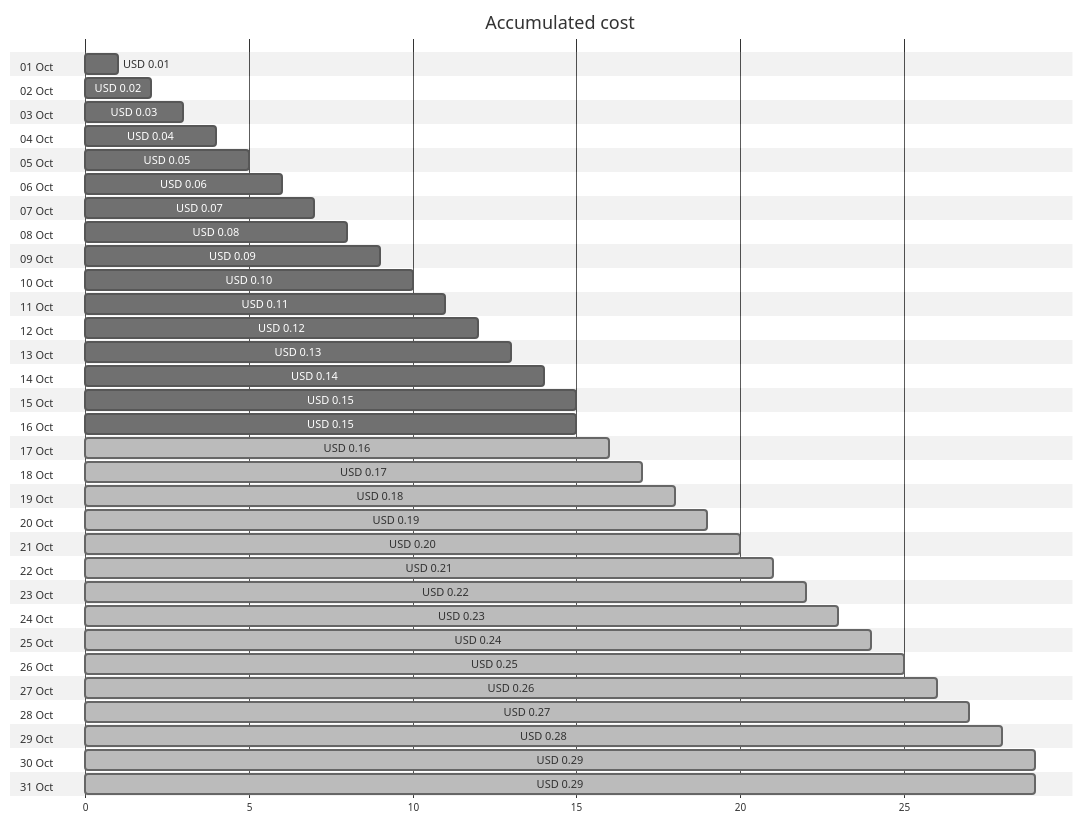
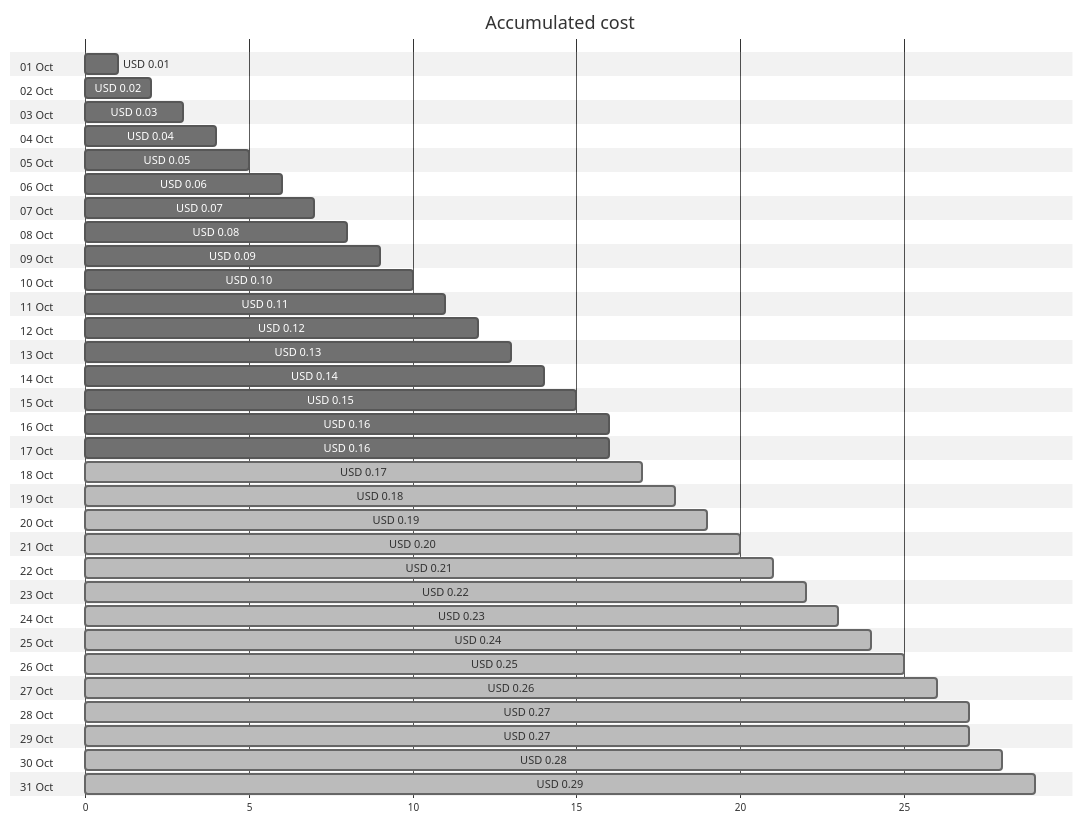
The first of 4 diagrams in cost-reports/cloud-shell-storage-eastus/README.md (jpfulton/azure-personal-reports), drawn with Mermaid (neutral theme) before and after one commit. The commit also changed other lines of this file and 1 other file, not shown here.

````diff
--- a/cost-reports/cloud-shell-storage-eastus/README.md
+++ b/cost-reports/cloud-shell-storage-eastus/README.md
@@ -20,68 +20,68 @@
 ```mermaid
 gantt
    title Accumulated cost
    dateFormat  X
    axisFormat %s
    section 01 Oct
    USD 0.01 :0, 1
    section 02 Oct
    USD 0.02 :0, 2
    section 03 Oct
    USD 0.03 :0, 3
    section 04 Oct
    USD 0.04 :0, 4
    section 05 Oct
    USD 0.05 :0, 5
    section 06 Oct
    USD 0.06 :0, 6
    section 07 Oct
    USD 0.07 :0, 7
    section 08 Oct
    USD 0.08 :0, 8
    section 09 Oct
    USD 0.09 :0, 9
    section 10 Oct
    USD 0.10 :0, 10
    section 11 Oct
    USD 0.11 :0, 11
    section 12 Oct
    USD 0.12 :0, 12
    section 13 Oct
    USD 0.13 :0, 13
    section 14 Oct
    USD 0.14 :0, 14
    section 15 Oct
    USD 0.15 :0, 15
    section 16 Oct
-   USD 0.15 :0, 15
+   USD 0.16 :0, 16
    section 17 Oct
-   USD 0.16 : done, 0, 16
+   USD 0.16 :0, 16
    section 18 Oct
    USD 0.17 : done, 0, 17
    section 19 Oct
    USD 0.18 : done, 0, 18
    section 20 Oct
    USD 0.19 : done, 0, 19
    section 21 Oct
    USD 0.20 : done, 0, 20
    section 22 Oct
    USD 0.21 : done, 0, 21
    section 23 Oct
    USD 0.22 : done, 0, 22
    section 24 Oct
    USD 0.23 : done, 0, 23
    section 25 Oct
    USD 0.24 : done, 0, 24
    section 26 Oct
    USD 0.25 : done, 0, 25
    section 27 Oct
    USD 0.26 : done, 0, 26
    section 28 Oct
    USD 0.27 : done, 0, 27
    section 29 Oct
+   USD 0.27 : done, 0, 27
+   section 30 Oct
    USD 0.28 : done, 0, 28
-   section 30 Oct
-   USD 0.29 : done, 0, 29
    section 31 Oct
    USD 0.29 : done, 0, 29
 ```
````
